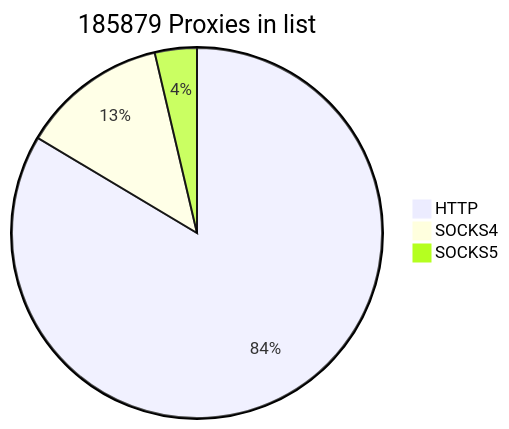
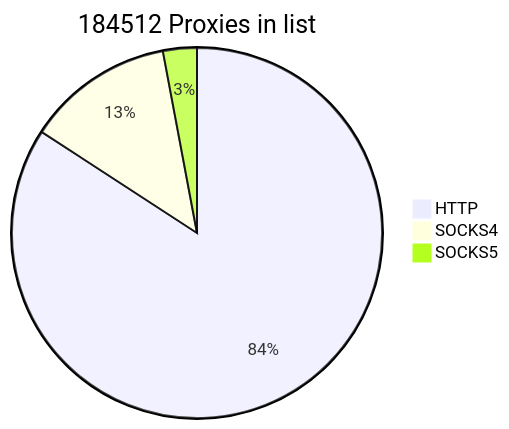
The first of 2 diagrams in README.md (cutipu/proxylist), drawn with Mermaid before and after one commit. The commit also changed other lines of this file, not shown here.

````diff
--- a/README.md
+++ b/README.md
@@ -2,7 +2,7 @@
 ```mermaid
-pie title 185879 Proxies in list
+pie title 184512 Proxies in list
     "HTTP" : 155326
-    "SOCKS4" : 23736
-    "SOCKS5" : 6817
+    "SOCKS4" : 23734
+    "SOCKS5" : 5452
             
 ```
````
